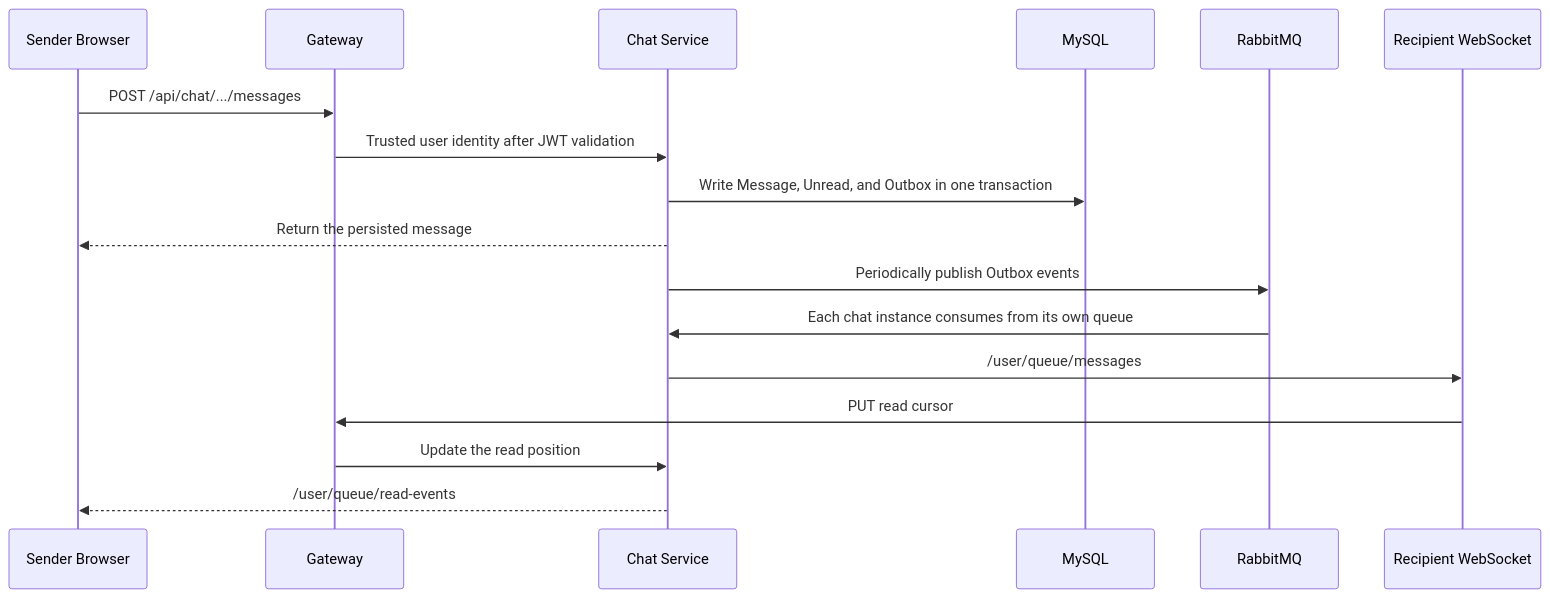
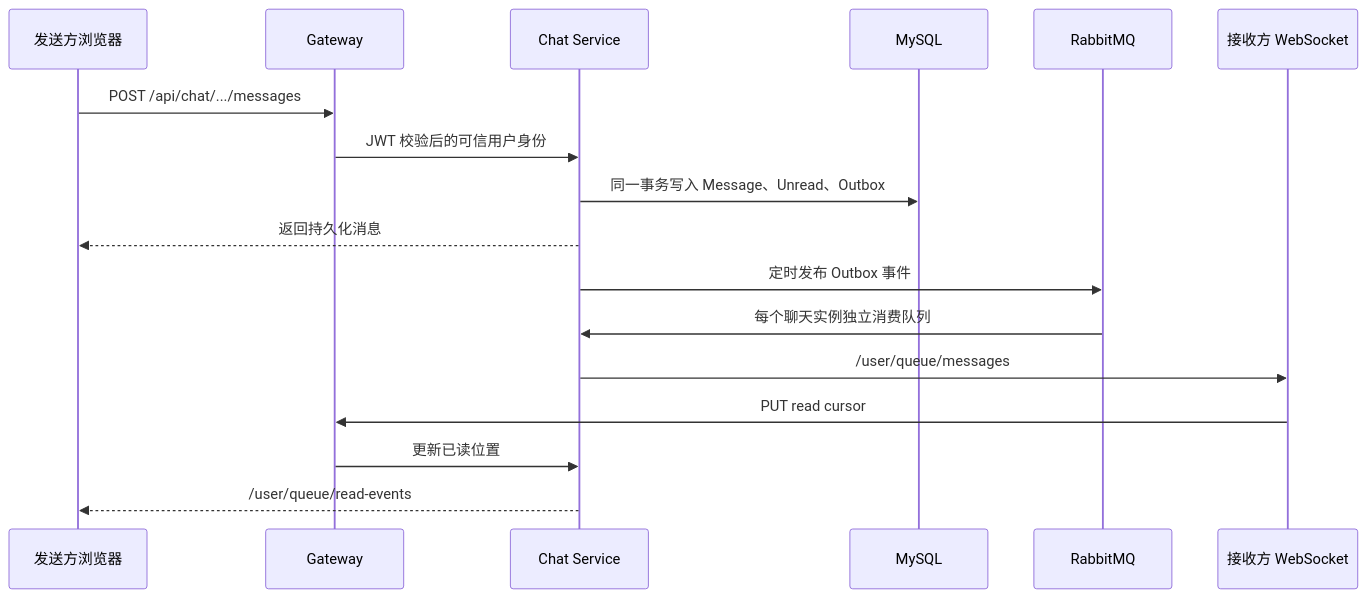
One commit to Naproxen-Network/bluenote changed the diagram in README.md. Above: the diagram before and after it, drawn with Mermaid. The commit also changed other lines of this file, not shown here.

````diff
--- a/README.md
+++ b/README.md
@@ -59,19 +59,19 @@
 ```mermaid
 sequenceDiagram
-    participant A as Sender Browser
+    participant A as 发送方浏览器
     participant G as Gateway
     participant C as Chat Service
     participant DB as MySQL
     participant MQ as RabbitMQ
-    participant B as Recipient WebSocket
+    participant B as 接收方 WebSocket
     A->>G: POST /api/chat/.../messages
-    G->>C: Trusted user identity after JWT validation
-    C->>DB: Write Message, Unread, and Outbox in one transaction
-    C-->>A: Return the persisted message
-    C->>MQ: Periodically publish Outbox events
-    MQ->>C: Each chat instance consumes from its own queue
+    G->>C: JWT 校验后的可信用户身份
+    C->>DB: 同一事务写入 Message、Unread、Outbox
+    C-->>A: 返回持久化消息
+    C->>MQ: 定时发布 Outbox 事件
+    MQ->>C: 每个聊天实例独立消费队列
     C->>B: /user/queue/messages
     B->>G: PUT read cursor
-    G->>C: Update the read position
+    G->>C: 更新已读位置
     C-->>A: /user/queue/read-events
 ```
````
